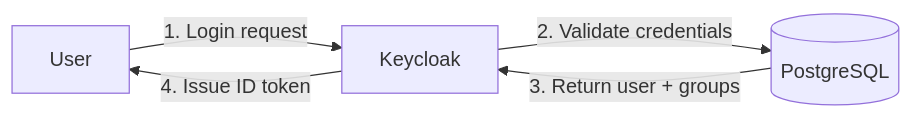
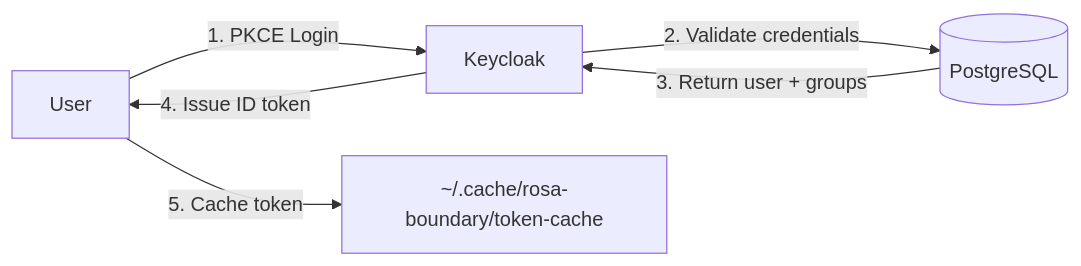
One commit to openshift-online/rosa-boundary changed the second of 6 diagrams in docs/architecture/overview.md. Above: the diagram before and after it, drawn with Mermaid. The commit also changed other lines of this file, not shown here.

First line of the commit message:
Update architecture docs to reflect current ABAC and Go CLI design (#20)

````diff
--- a/docs/architecture/overview.md
+++ b/docs/architecture/overview.md
@@ -118,7 +142,8 @@
 ```mermaid
 flowchart LR
-    U[User] -->|1. Login request| KC[Keycloak]
+    U[User] -->|1. PKCE Login| KC[Keycloak]
     KC -->|2. Validate credentials| KCDB[(PostgreSQL)]
     KCDB -->|3. Return user + groups| KC
     KC -->|4. Issue ID token| U
+    U -->|5. Cache token| Cache["~/.cache/rosa-boundary/token-cache"]
 ```
````
